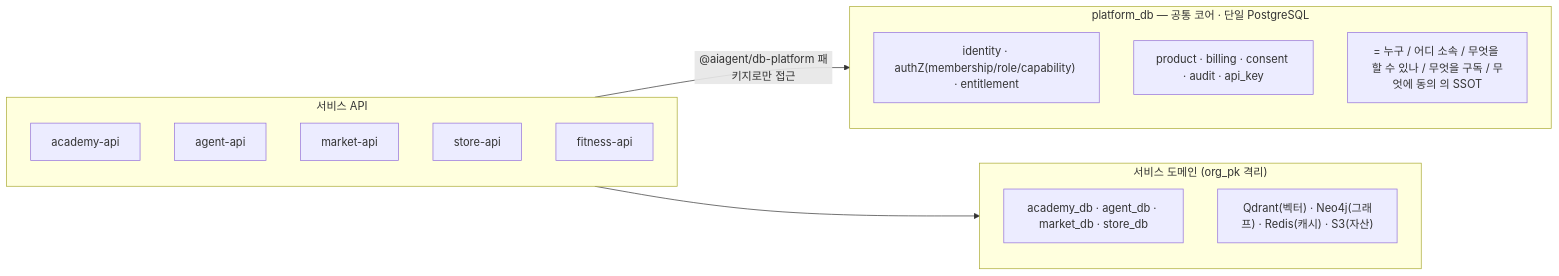
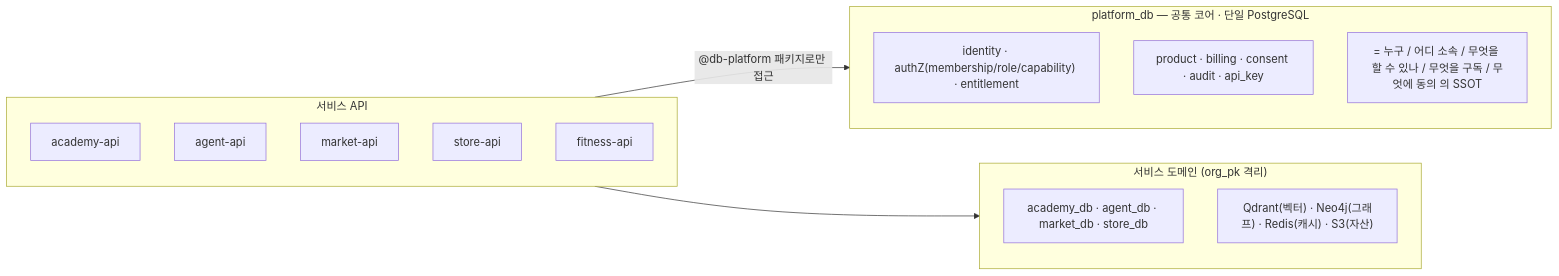
Before and after one commit to Changsik00/design-vault: the diagram in db-design/platform_db/core/architecture.md, drawn with Mermaid. The commit also changed 9 other files, not shown here.

First line of the commit message:
docs(platform_db): 공유 패키지명 @aiagent/db-platform → @db-platform

````diff
--- a/db-design/platform_db/core/architecture.md
+++ b/db-design/platform_db/core/architecture.md
@@ -29,27 +29,27 @@
 ```mermaid
 flowchart LR
   subgraph APIS["서비스 API"]
     direction TB
     A1["academy-api"]
     A2["agent-api"]
     A3["market-api"]
     A4["store-api"]
     A5["fitness-api"]
   end
 
   subgraph CORE["platform_db — 공통 코어 · 단일 PostgreSQL"]
     direction TB
     C1["identity · authZ(membership/role/capability) · entitlement"]
     C2["product · billing · consent · audit · api_key"]
     C3["= 누구 / 어디 소속 / 무엇을 할 수 있나 / 무엇을 구독 / 무엇에 동의 의 SSOT"]
   end
 
   subgraph DOMAIN["서비스 도메인 (org_pk 격리)"]
     direction TB
     D1["academy_db · agent_db · market_db · store_db"]
     D2["Qdrant(벡터) · Neo4j(그래프) · Redis(캐시) · S3(자산)"]
   end
 
-  APIS -->|"@aiagent/db-platform 패키지로만 접근"| CORE
+  APIS -->|"@db-platform 패키지로만 접근"| CORE
   APIS --> DOMAIN
 ```
````
